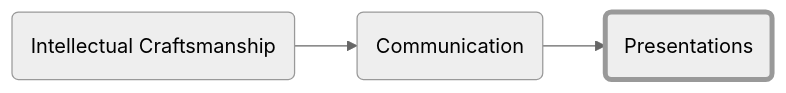
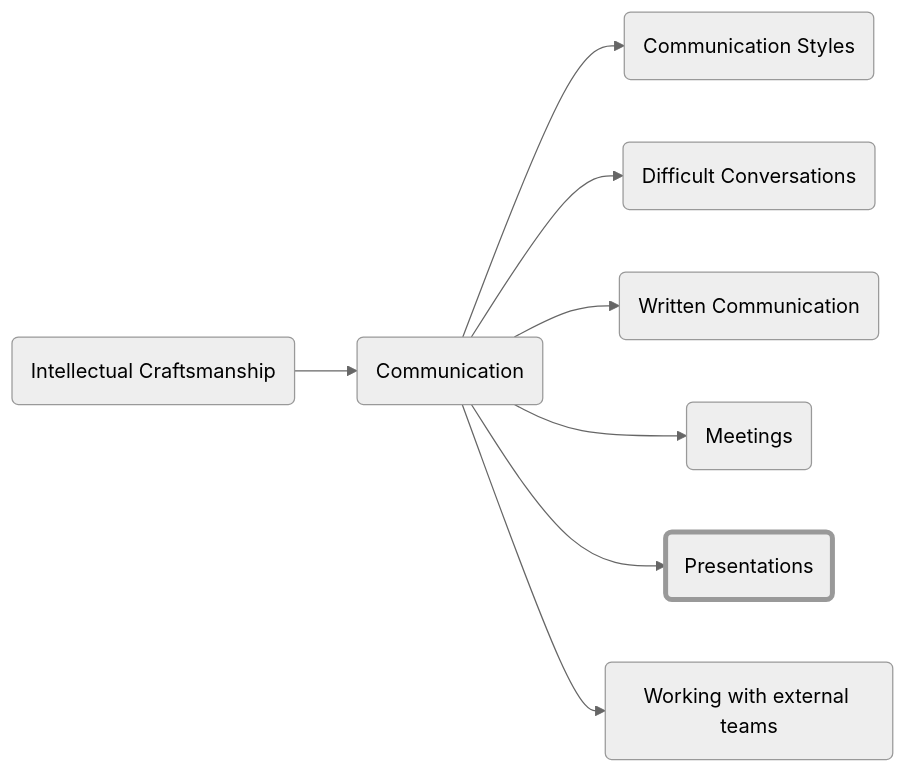
The diagram in _posts/2023-01-05-presentations.md (forrestpitz/forrestpitz.github.io), drawn with Mermaid (neutral theme) before and after one commit. The commit also changed other lines of this file and 20 other files, not shown here.

````diff
--- a/_posts/2023-01-05-presentations.md
+++ b/_posts/2023-01-05-presentations.md
@@ -11,9 +129,20 @@
 ```mermaid
 graph LR;
-  A(Intellectual Craftsmanship)-->B(Communication)-->C(Presentations)
+  A(Intellectual Craftsmanship)-->B(Communication)
+  B(Communication)-->C(Communication Styles)
+  B-->D(Difficult Conversations)
+  B-->E(Written Communication)
+  B-->F(Meetings)
+  B-->G(Presentations)
+  B-->H(Working with external teams)
 
-  style C stroke-width:4px
+  style G stroke-width:4px
 
   click A "{% post_url 2023-01-05-intro %}"
   click B "{% post_url 2023-01-05-communication %}"
+  click C "{% post_url 2023-01-05-communicationstyles %}"
+  click D "{% post_url 2023-01-05-difficultconversations %}"
+  click E "{% post_url 2023-01-05-writtencommunication %}"
+  click F "{% post_url 2023-01-05-meetings %}"
+  click H "{% post_url 2023-01-05-externalteams %}"
 ```
````
